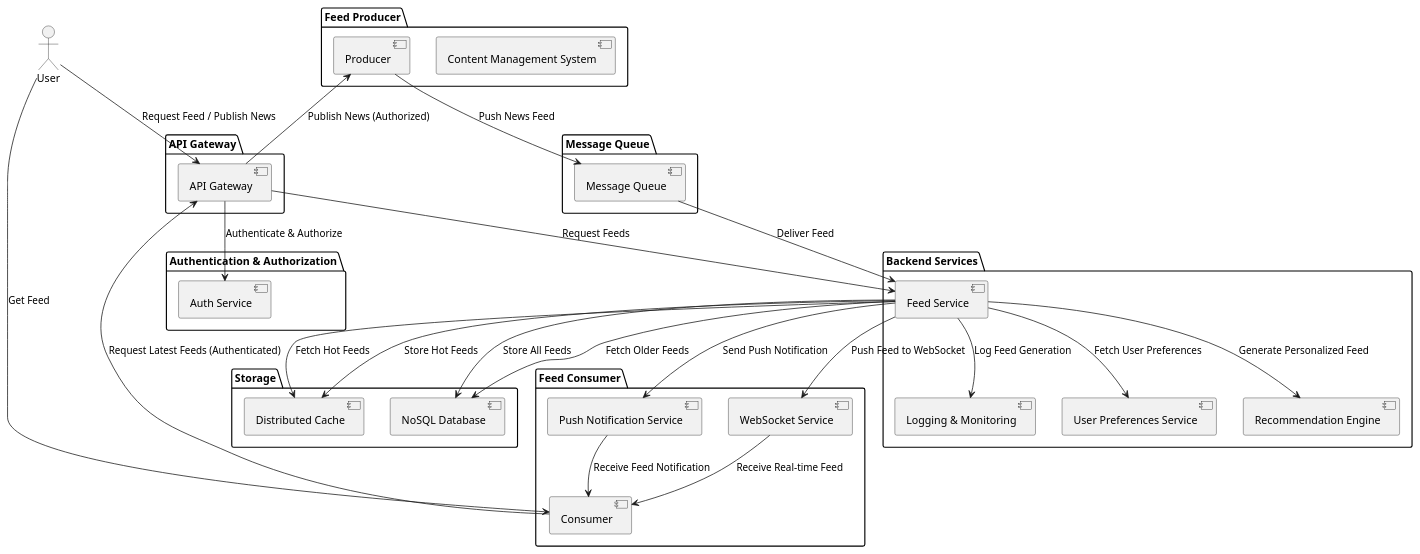
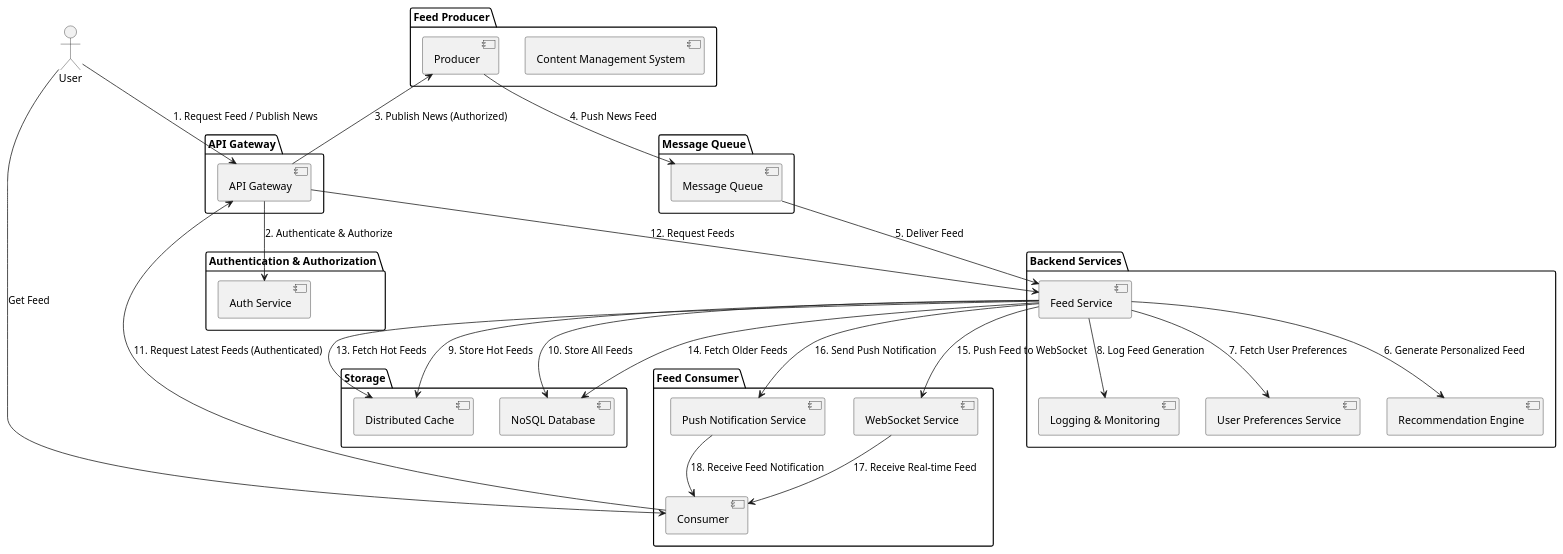
The diagram in real_time_news_feed_architecture.puml (huangyingw/system_design), drawn with PlantUML before and after one commit.

```diff
--- a/real_time_news_feed_architecture.puml
+++ b/real_time_news_feed_architecture.puml
@@ -1,66 +1,66 @@
 @startuml
 actor User
 
 package "API Gateway" {
   [API Gateway] as APIGW
 }
 
 package "Authentication & Authorization" {
   [Auth Service] as AuthService
 }
 
 package "Feed Producer" {
   [Content Management System] as CMS
   [Producer] as Producer
 }
 
 package "Message Queue" {
   [Message Queue] as MQ
 }
 
 package "Backend Services" {
   [Feed Service] as FeedService
   [User Preferences Service] as PrefService
   [Recommendation Engine] as RecEngine
   [Logging & Monitoring] as Logging
 }
 
 package "Storage" {
   [Distributed Cache] as Cache
   [NoSQL Database] as Database
 }
 
 package "Feed Consumer" {
   [WebSocket Service] as WSService
   [Push Notification Service] as PushService
   [Consumer] as Consumer
   User --> Consumer : "Get Feed"
 }
 
 ' API Gateway manages incoming requests
-User --> APIGW : "Request Feed / Publish News"
-APIGW --> AuthService : "Authenticate & Authorize"
-APIGW --> Producer : "Publish News (Authorized)"
-Producer --> MQ : "Push News Feed"
+User --> APIGW : "1. Request Feed / Publish News"
+APIGW --> AuthService : "2. Authenticate & Authorize"
+APIGW --> Producer : "3. Publish News (Authorized)"
+Producer --> MQ : "4. Push News Feed"
 
 ' Backend services manage feed generation, personalization, and storage
-MQ --> FeedService : "Deliver Feed"
-FeedService --> RecEngine : "Generate Personalized Feed"
-FeedService --> PrefService : "Fetch User Preferences"
-FeedService --> Logging : "Log Feed Generation"
-FeedService --> Cache : "Store Hot Feeds"
-FeedService --> Database : "Store All Feeds"
+MQ --> FeedService : "5. Deliver Feed"
+FeedService --> RecEngine : "6. Generate Personalized Feed"
+FeedService --> PrefService : "7. Fetch User Preferences"
+FeedService --> Logging : "8. Log Feed Generation"
+FeedService --> Cache : "9. Store Hot Feeds"
+FeedService --> Database : "10. Store All Feeds"
 
 ' Consumer fetches or receives feeds
-Consumer --> APIGW : "Request Latest Feeds (Authenticated)"
-APIGW --> FeedService : "Request Feeds"
-FeedService --> Cache : "Fetch Hot Feeds"
-FeedService --> Database : "Fetch Older Feeds"
+Consumer --> APIGW : "11. Request Latest Feeds (Authenticated)"
+APIGW --> FeedService : "12. Request Feeds"
+FeedService --> Cache : "13. Fetch Hot Feeds"
+FeedService --> Database : "14. Fetch Older Feeds"
 
 ' Push and real-time updates to consumers
-FeedService --> WSService : "Push Feed to WebSocket"
-FeedService --> PushService : "Send Push Notification"
-WSService --> Consumer : "Receive Real-time Feed"
-PushService --> Consumer : "Receive Feed Notification"
+FeedService --> WSService : "15. Push Feed to WebSocket"
+FeedService --> PushService : "16. Send Push Notification"
+WSService --> Consumer : "17. Receive Real-time Feed"
+PushService --> Consumer : "18. Receive Feed Notification"
 
 @enduml
```
